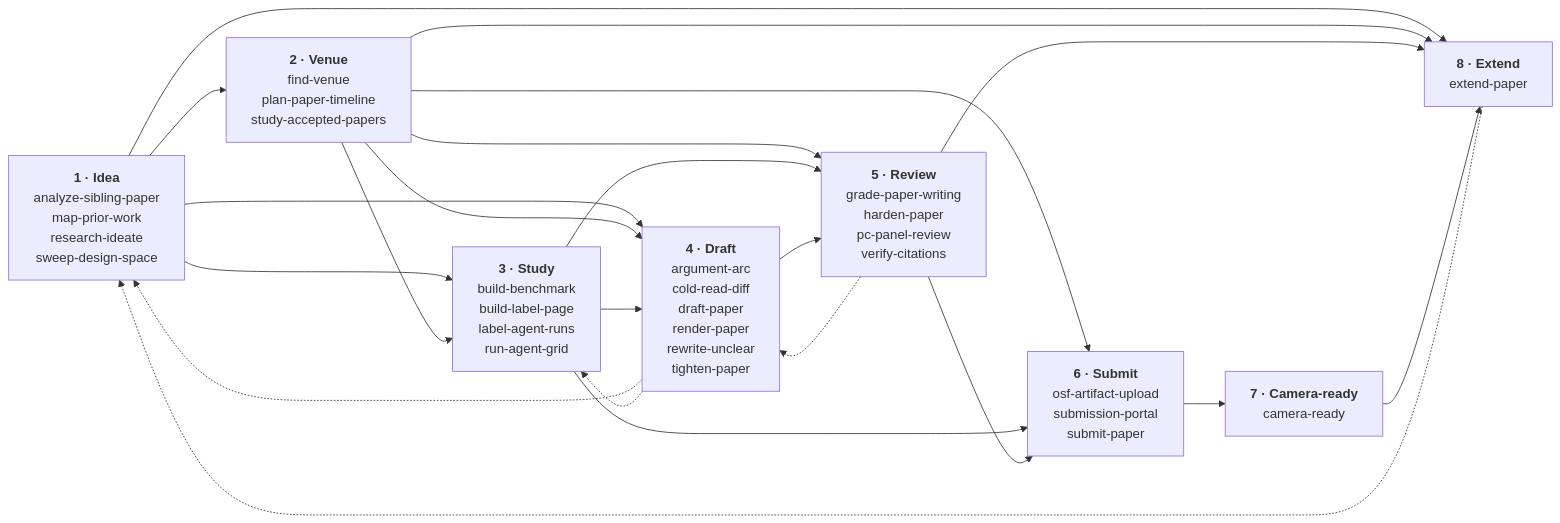
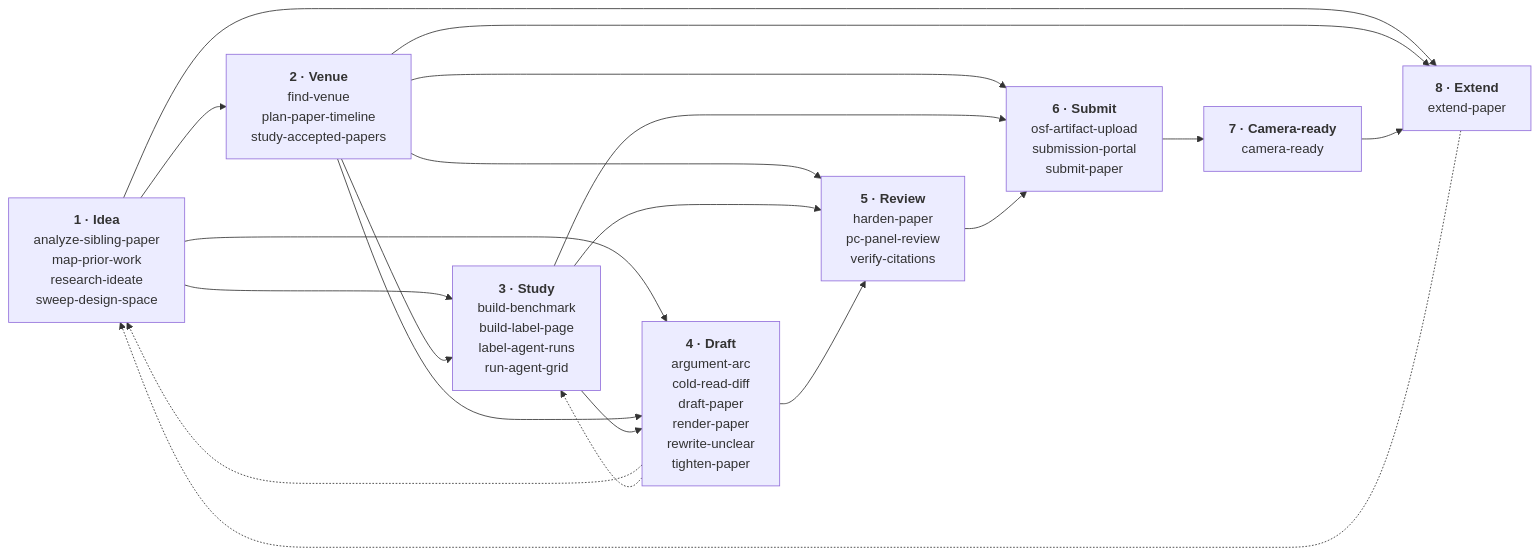
Before and after one commit to zernie/paperlint: the first of 9 diagrams in docs/pipeline.md, drawn with Mermaid. The commit also changed other lines of this file and 54 other files, not shown here.

First line of the commit message:
refactor(skills)!: delete grade-paper-writing; harden-paper becomes the submit checklist

````diff
--- a/docs/pipeline.md
+++ b/docs/pipeline.md
@@ -18,32 +18,30 @@
 ```mermaid
 flowchart LR
   stage_idea["<b>1 · Idea</b><br/>analyze-sibling-paper<br/>map-prior-work<br/>research-ideate<br/>sweep-design-space"]
   stage_venue["<b>2 · Venue</b><br/>find-venue<br/>plan-paper-timeline<br/>study-accepted-papers"]
   stage_study["<b>3 · Study</b><br/>build-benchmark<br/>build-label-page<br/>label-agent-runs<br/>run-agent-grid"]
   stage_draft["<b>4 · Draft</b><br/>argument-arc<br/>cold-read-diff<br/>draft-paper<br/>render-paper<br/>rewrite-unclear<br/>tighten-paper"]
-  stage_review["<b>5 · Review</b><br/>grade-paper-writing<br/>harden-paper<br/>pc-panel-review<br/>verify-citations"]
+  stage_review["<b>5 · Review</b><br/>harden-paper<br/>pc-panel-review<br/>verify-citations"]
   stage_submit["<b>6 · Submit</b><br/>osf-artifact-upload<br/>submission-portal<br/>submit-paper"]
   stage_camera_ready["<b>7 · Camera-ready</b><br/>camera-ready"]
   stage_extend["<b>8 · Extend</b><br/>extend-paper"]
   stage_idea --> stage_venue
   stage_idea --> stage_study
   stage_idea --> stage_draft
   stage_idea --> stage_extend
   stage_venue --> stage_study
   stage_venue --> stage_draft
   stage_venue --> stage_review
   stage_venue --> stage_submit
   stage_venue --> stage_extend
   stage_study --> stage_draft
   stage_study --> stage_review
   stage_study --> stage_submit
   stage_draft --> stage_review
   stage_review --> stage_submit
-  stage_review --> stage_extend
   stage_submit --> stage_camera_ready
   stage_camera_ready --> stage_extend
   stage_draft -.-> stage_idea
   stage_draft -.-> stage_study
-  stage_review -.-> stage_draft
   stage_extend -.-> stage_idea
 ```
````
